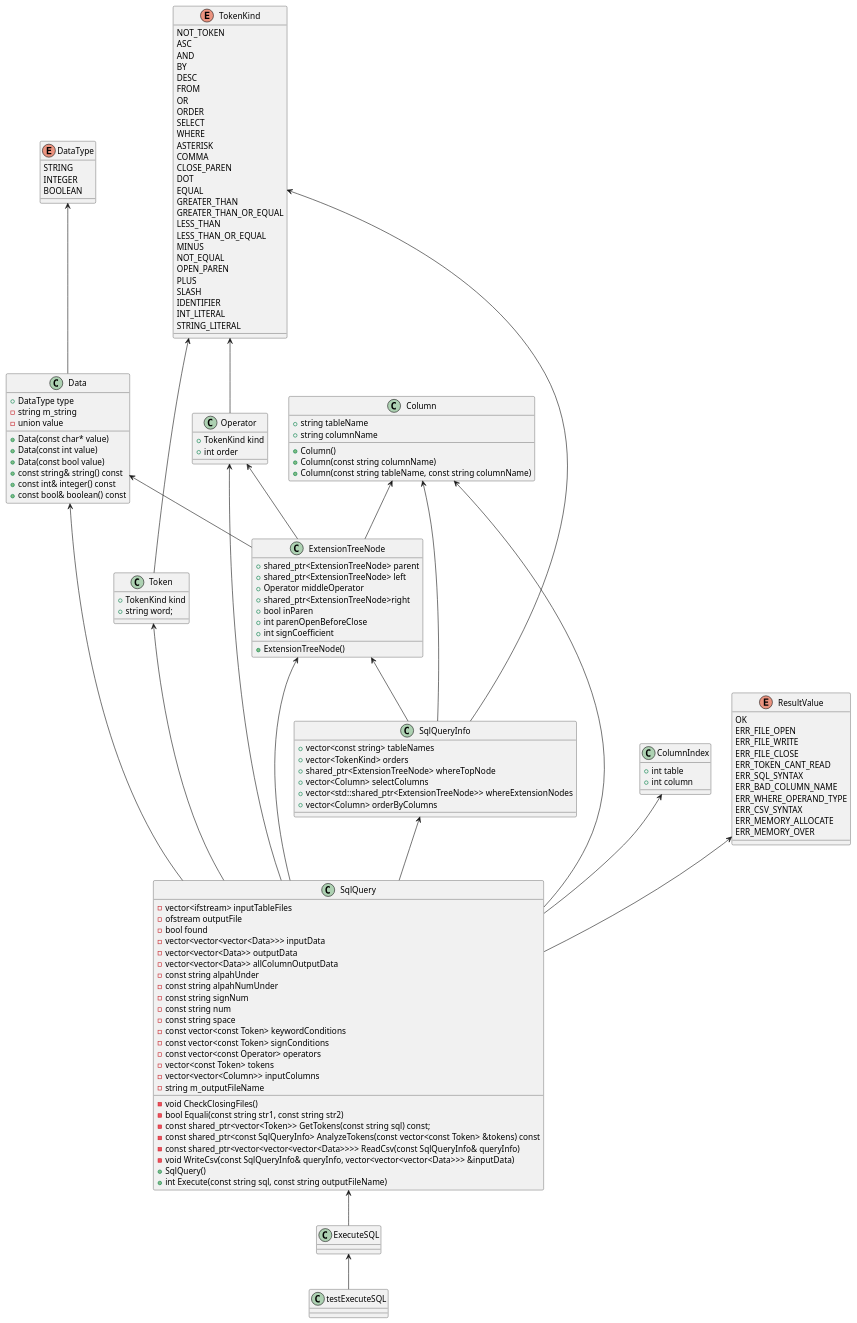
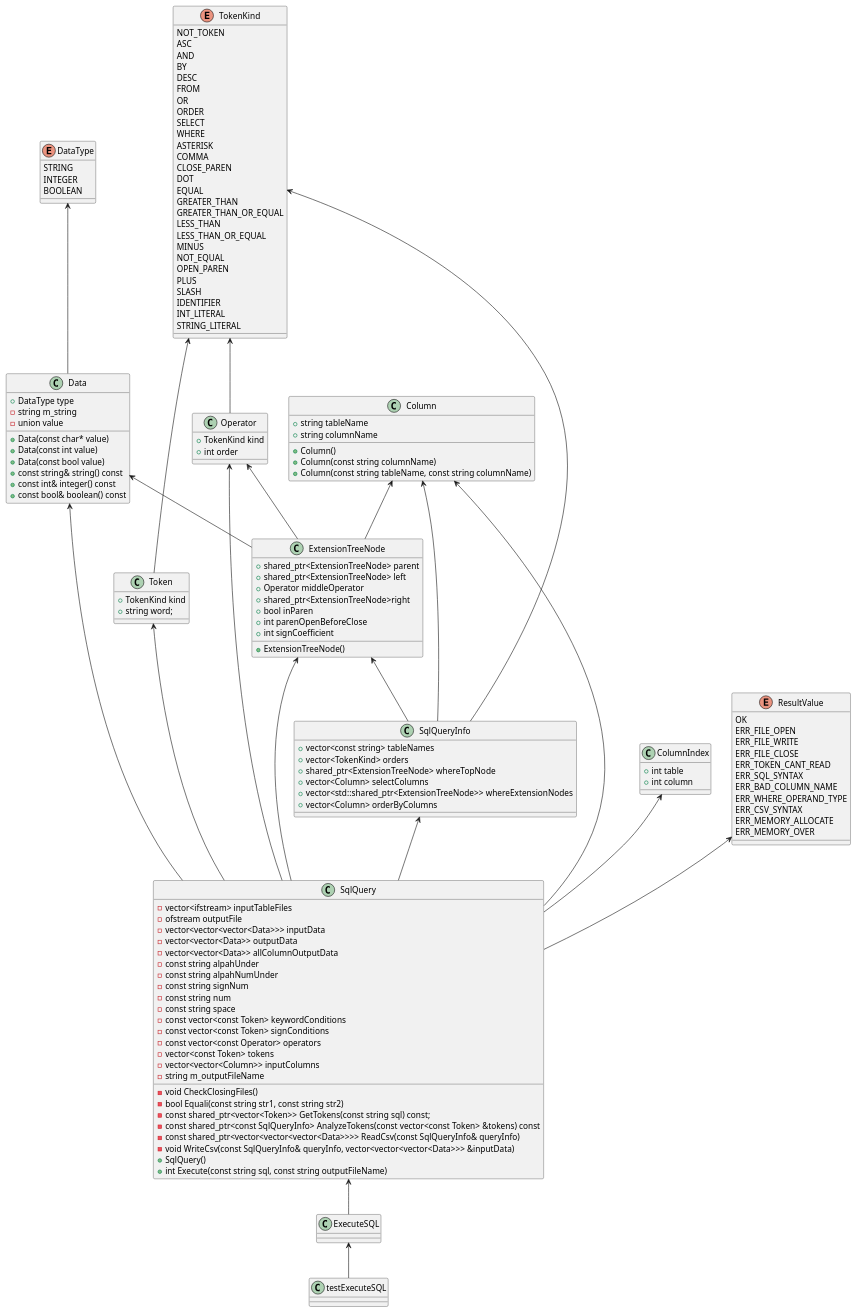
Before and after one commit to yotten/TinySQL: the diagram in ExecuteSQL.pu, drawn with PlantUML. The commit also changed 3 other files, not shown here.

```diff
--- a/ExecuteSQL.pu
+++ b/ExecuteSQL.pu
@@ -1,153 +1,152 @@
 @startuml
 
 class testExecuteSQL {}
 class SqlQueryInfo {
 	+vector<const string> tableNames
 	+vector<TokenKind> orders
 	+shared_ptr<ExtensionTreeNode> whereTopNode
 	+vector<Column> selectColumns
 	+vector<std::shared_ptr<ExtensionTreeNode>> whereExtensionNodes
 	+vector<Column> orderByColumns
 }
 class SqlQuery {
 	-vector<ifstream> inputTableFiles
 	-ofstream outputFile
-	-bool found
 	-vector<vector<vector<Data>>> inputData
 	-vector<vector<Data>> outputData
 	-vector<vector<Data>> allColumnOutputData	
 	-const string alpahUnder
 	-const string alpahNumUnder
 	-const string signNum
 	-const string num
 	-const string space
 	-const vector<const Token> keywordConditions
 	-const vector<const Token> signConditions
 	-const vector<const Operator> operators
 	-vector<const Token> tokens
 	-vector<vector<Column>> inputColumns
 	-void CheckClosingFiles()
 	-string m_outputFileName
 	-bool Equali(const string str1, const string str2)
 	-const shared_ptr<vector<Token>> GetTokens(const string sql) const;
 	-const shared_ptr<const SqlQueryInfo> AnalyzeTokens(const vector<const Token> &tokens) const
 	-const shared_ptr<vector<vector<vector<Data>>>> ReadCsv(const SqlQueryInfo& queryInfo)
 	-void WriteCsv(const SqlQueryInfo& queryInfo, vector<vector<vector<Data>>> &inputData)
 	+SqlQuery()
 	+int Execute(const string sql, const string outputFileName)
 }
 class ExecuteSQL {
 	
 }
 
 class Data {
     +DataType type
 	-string m_string
 	-union value
 	+Data(const char* value)
 	+Data(const int value)
 	+Data(const bool value)
 	+const string& string() const
 	+const int& integer() const
 	+const bool& boolean() const
 }
 class Operator{
     +TokenKind kind
     +int order
 }
 class Token{
     +TokenKind kind
     +string word;
 }
 class ExtensionTreeNode{
 	+shared_ptr<ExtensionTreeNode> parent
 	+shared_ptr<ExtensionTreeNode> left
 	+Operator middleOperator
 	+shared_ptr<ExtensionTreeNode>right
 	+bool inParen
 	+int parenOpenBeforeClose
 	+int signCoefficient
 	+ExtensionTreeNode()
 }
 class ColumnIndex{
     +int table
     +int column
 }
 class Column{
     +string tableName
     +string columnName
     +Column()
     +Column(const string columnName)
     +Column(const string tableName, const string columnName)
 }
 enum DataType{
    	STRING
 	INTEGER
 	BOOLEAN
 }
 enum TokenKind{
     NOT_TOKEN
 	ASC
 	AND
 	BY
 	DESC
 	FROM
 	OR
 	ORDER
 	SELECT
 	WHERE
 	ASTERISK
 	COMMA
 	CLOSE_PAREN
 	DOT
 	EQUAL
 	GREATER_THAN
 	GREATER_THAN_OR_EQUAL
 	LESS_THAN
 	LESS_THAN_OR_EQUAL
 	MINUS
 	NOT_EQUAL
 	OPEN_PAREN
 	PLUS
 	SLASH
 	IDENTIFIER
 	INT_LITERAL
 	STRING_LITERAL
 }
 enum ResultValue{
     OK
 	ERR_FILE_OPEN
 	ERR_FILE_WRITE
 	ERR_FILE_CLOSE
 	ERR_TOKEN_CANT_READ
 	ERR_SQL_SYNTAX
 	ERR_BAD_COLUMN_NAME
 	ERR_WHERE_OPERAND_TYPE
 	ERR_CSV_SYNTAX
 	ERR_MEMORY_ALLOCATE
 	ERR_MEMORY_OVER
 }
 
 ExecuteSQL <-- testExecuteSQL
 SqlQuery <-- ExecuteSQL
 
 Data <-- SqlQuery
 Operator <-- SqlQuery
 Token <-- SqlQuery
 ExtensionTreeNode <-- SqlQuery
 ColumnIndex <-- SqlQuery
 Column <-- SqlQuery
 ResultValue <-- SqlQuery
 SqlQueryInfo <-- SqlQuery
 
 Column <-- SqlQueryInfo
 TokenKind <-- SqlQueryInfo
 ExtensionTreeNode <-- SqlQueryInfo
 
 DataType <-- Data
 TokenKind <-- Token
 TokenKind <-- Operator
 Operator <-- ExtensionTreeNode
 Column <-- ExtensionTreeNode
 Data <-- ExtensionTreeNode
 @enduml
```
